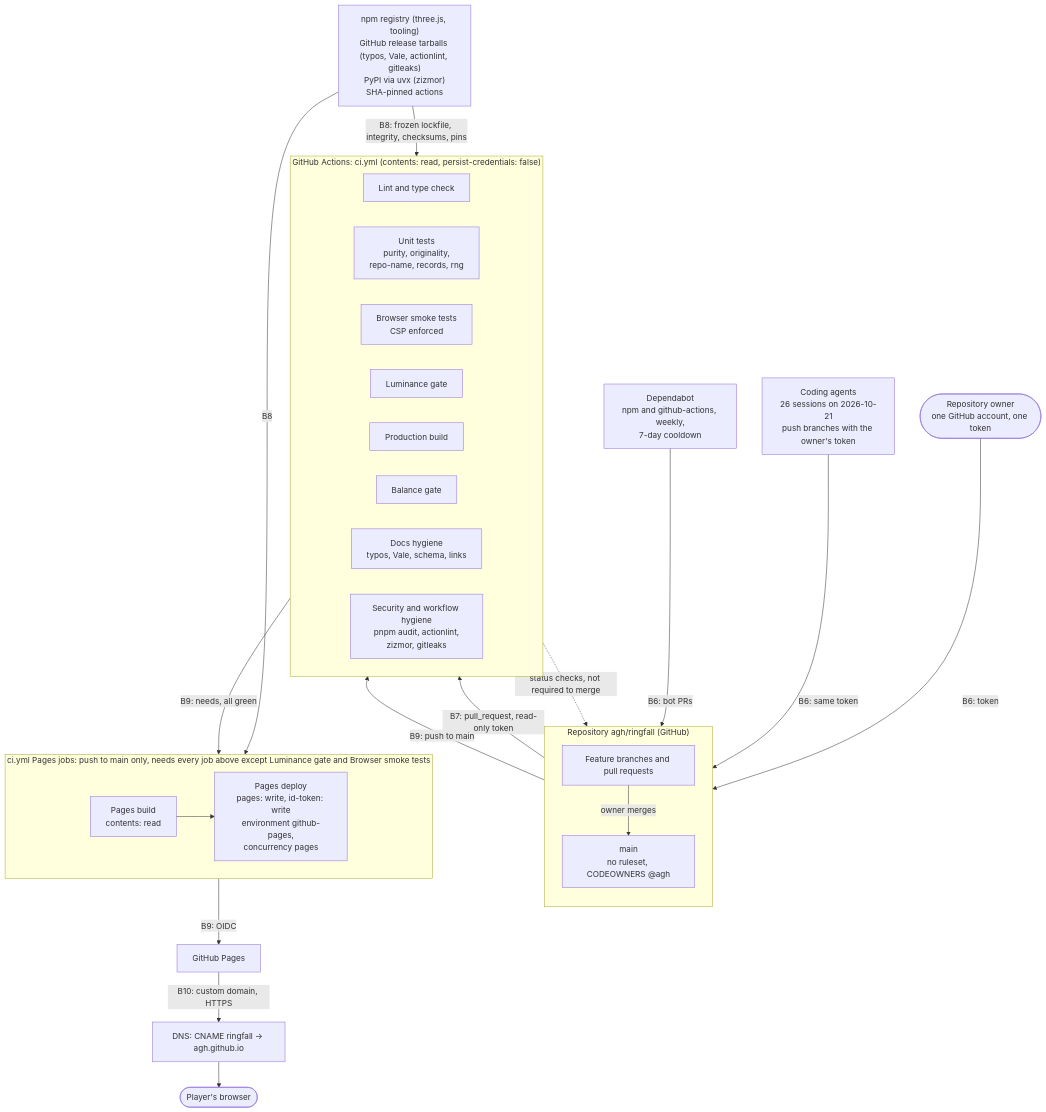
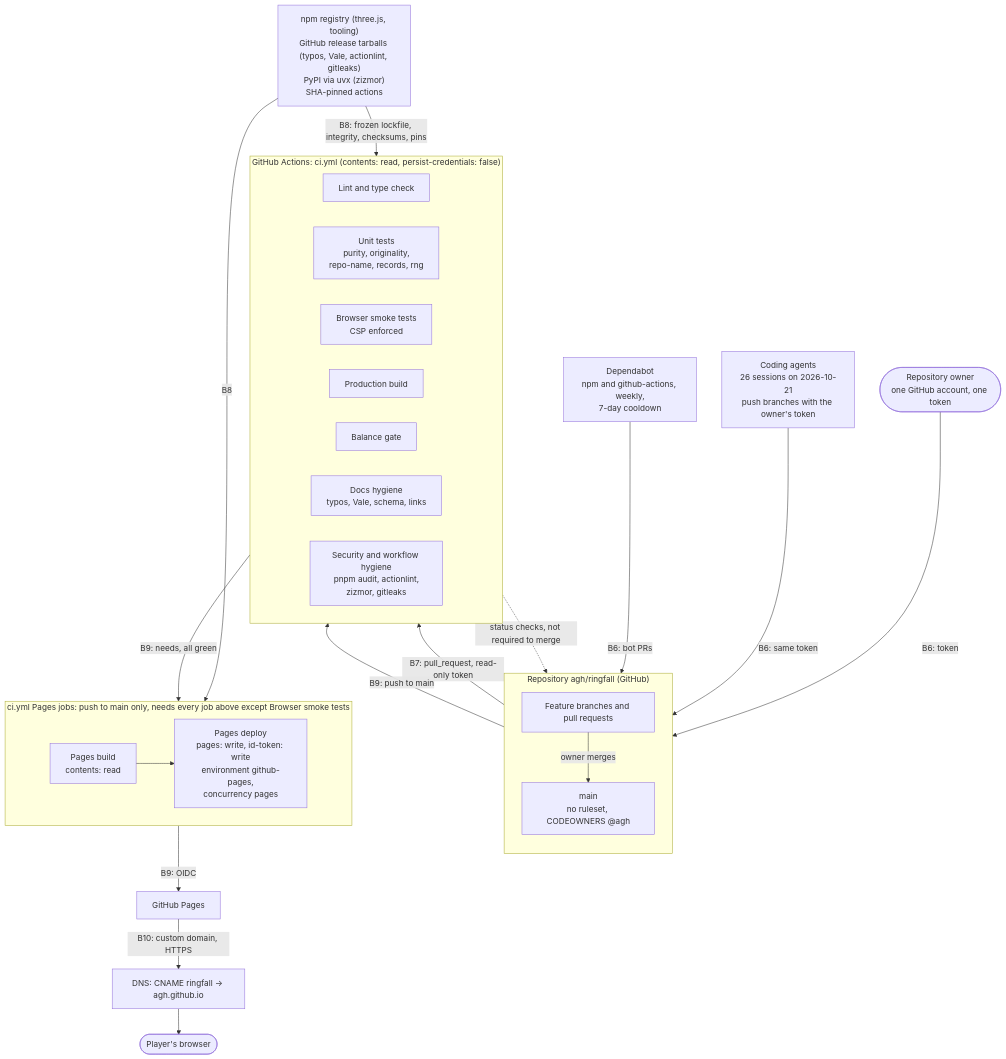
One commit to agh/ringfall changed the second of 2 diagrams in docs/threat-model.md. Above: the diagram before and after it, drawn with Mermaid. The commit also changed other lines of this file and 4 other files, not shown here.

First line of the commit message:
ci: luminance gate as an optional workflow; cap the smoke job at twelve minutes

````diff
--- a/docs/threat-model.md
+++ b/docs/threat-model.md
@@ -90,48 +90,47 @@
 ```mermaid
 flowchart TB
   owner(["Repository owner<br/>one GitHub account, one token"])
   agents["Coding agents<br/>26 sessions on 2026-10-21<br/>push branches with the owner's token"]
   dependabot["Dependabot<br/>npm and github-actions, weekly,<br/>7-day cooldown"]
 
   subgraph repo["Repository agh/ringfall (GitHub)"]
     direction TB
     branches["Feature branches and pull requests"]
     main["main<br/>no ruleset, CODEOWNERS @agh"]
   end
 
   subgraph ci["GitHub Actions: ci.yml (contents: read, persist-credentials: false)"]
     direction LR
     lint["Lint and type check"]
     unit["Unit tests<br/>purity, originality,<br/>repo-name, records, rng"]
     e2e["Browser smoke tests<br/>CSP enforced"]
-    frames["Luminance gate"]
     build["Production build"]
     balance["Balance gate"]
     docs["Docs hygiene<br/>typos, Vale, schema, links"]
     security["Security and workflow hygiene<br/>pnpm audit, actionlint,<br/>zizmor, gitleaks"]
   end
 
-  subgraph deploy["ci.yml Pages jobs: push to main only, needs every job above except Luminance gate and Browser smoke tests"]
+  subgraph deploy["ci.yml Pages jobs: push to main only, needs every job above except Browser smoke tests"]
     direction LR
     dbuild["Pages build<br/>contents: read"]
     ddeploy["Pages deploy<br/>pages: write, id-token: write<br/>environment github-pages,<br/>concurrency pages"]
   end
 
   registries["npm registry (three.js, tooling)<br/>GitHub release tarballs (typos, Vale, actionlint, gitleaks)<br/>PyPI via uvx (zizmor)<br/>SHA-pinned actions"]
   pagesHost["GitHub Pages"]
   dns["DNS: CNAME ringfall -> agh.github.io"]
   player(["Player's browser"])
 
   owner -->|"B6: token"| branches
   agents -->|"B6: same token"| branches
   dependabot -->|"B6: bot PRs"| branches
   branches -->|"B7: pull_request, read-only token"| ci
   registries -->|"B8: frozen lockfile, integrity, checksums, pins"| ci
   registries -->|"B8"| dbuild
   ci -.->|"status checks, not required to merge"| main
   branches -->|"owner merges"| main
   main -->|"B9: push to main"| ci
   ci -->|"B9: needs, all green"| dbuild --> ddeploy
   ddeploy -->|"B9: OIDC"| pagesHost
   pagesHost -->|"B10: custom domain, HTTPS"| dns --> player
 ```
````
